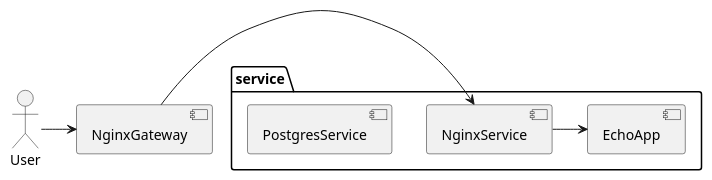
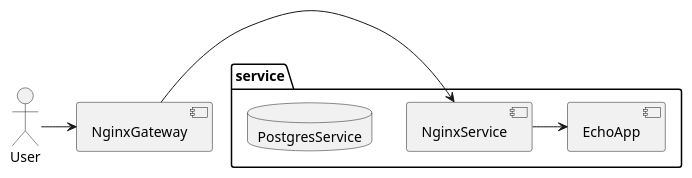
The diagram in architecture/current_architecture.puml (HoneyBebra/echo-rest-api), drawn with PlantUML before and after one commit. The commit also changed 1 other file, not shown here.

Commit message:
Make postgres as DB

```diff
--- a/architecture/current_architecture.puml
+++ b/architecture/current_architecture.puml
@@ -1,14 +1,14 @@
 @startuml
 actor User
 component NginxGateway
 
 package "service" {
 component NginxService
 component EchoApp
-component PostgresService
+database PostgresService
 }
 
 User -> NginxGateway
 NginxGateway -> NginxService
 NginxService -> EchoApp
 @enduml
```
